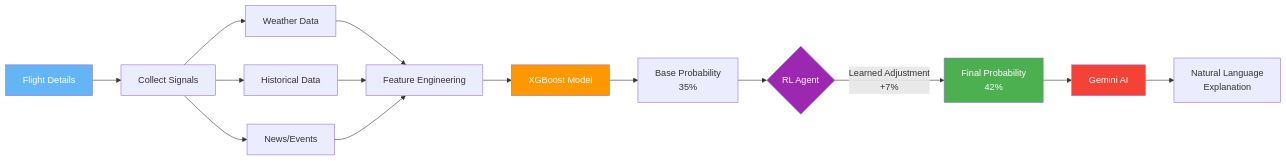
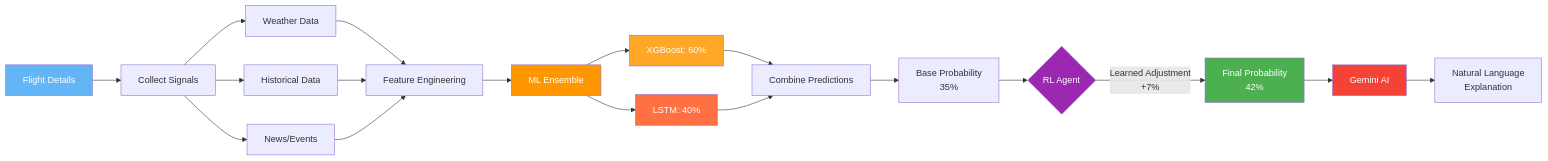
One commit to Kethavatharavind/Flight-delay-prediction-Using-ML-and-LLM changed the third of 6 diagrams in README.md. Above: the diagram before and after it, drawn with Mermaid. The commit also changed other lines of this file, not shown here.

Commit message:
Update README: XGBoost+LSTM hybrid, remove memory specs

````diff
--- a/README.md
+++ b/README.md
@@ -190,27 +190,33 @@
 ```mermaid
 graph LR
     Input[Flight Details] --> Signals[Collect Signals]
     
     Signals --> Weather[Weather Data]
     Signals --> History[Historical Data]
     Signals --> News[News/Events]
     
     Weather --> Features[Feature Engineering]
     History --> Features
     News --> Features
     
-    Features --> XGB[XGBoost Model]
-    XGB --> BaseProb[Base Probability<br/>35%]
+    Features --> ML[ML Ensemble]
+    ML --> XGB[XGBoost: 60%]
+    ML --> LSTM[LSTM: 40%]
+    XGB --> Combine[Combine Predictions]
+    LSTM --> Combine
+    Combine --> BaseProb[Base Probability<br/>35%]
     
     BaseProb --> RL{RL Agent}
     RL --> |Learned Adjustment<br/>+7%| FinalProb[Final Probability<br/>42%]
     
     FinalProb --> LLM[Gemini AI]
     LLM --> Summary[Natural Language<br/>Explanation]
     
     style Input fill:#64B5F6,color:#fff
-    style XGB fill:#FF9800,color:#fff
+    style ML fill:#FF9800,color:#fff
+    style XGB fill:#FFA726,color:#fff
+    style LSTM fill:#FF7043,color:#fff
     style RL fill:#9C27B0,color:#fff
     style LLM fill:#F44336,color:#fff
     style FinalProb fill:#4CAF50,color:#fff
 ```
````
